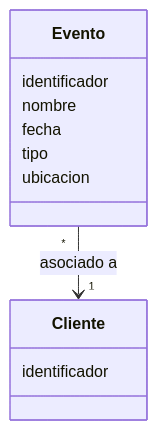
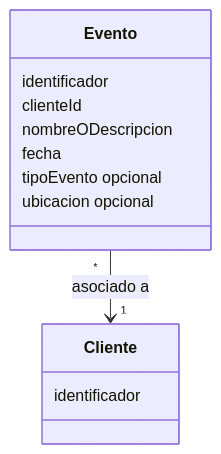
One commit to balderasalberto/eventos-sociales changed the second of 3 diagrams in docs/vertical-slices/VS-001-crear-evento.md. Above: the diagram before and after it, drawn with Mermaid. The commit also changed other lines of this file, not shown here.

````diff
--- a/docs/vertical-slices/VS-001-crear-evento.md
+++ b/docs/vertical-slices/VS-001-crear-evento.md
@@ -170,16 +220,17 @@
 ```mermaid
 classDiagram
     class Evento {
         identificador
-        nombre
+        clienteId
+        nombreODescripcion
         fecha
-        tipo
-        ubicacion
+        tipoEvento opcional
+        ubicacion opcional
     }
 
     class Cliente {
         identificador
     }
 
     Evento "*" --> "1" Cliente : asociado a
 ```
````
